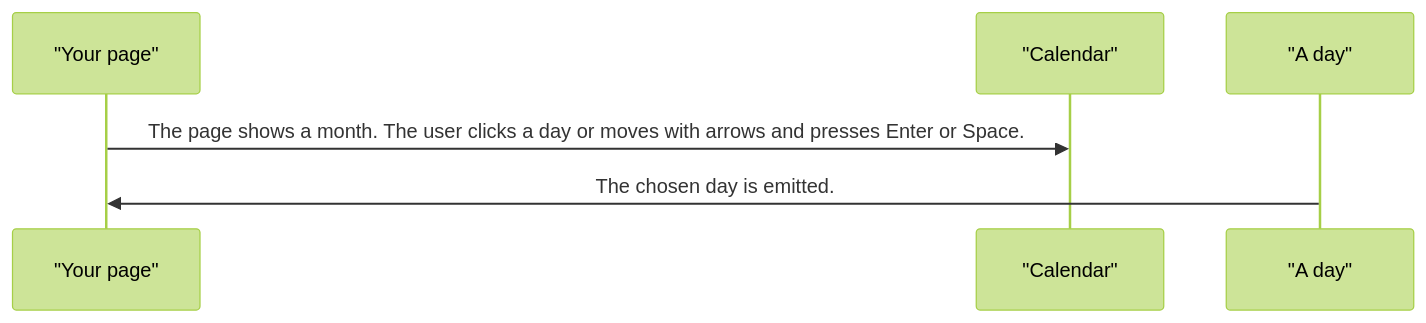
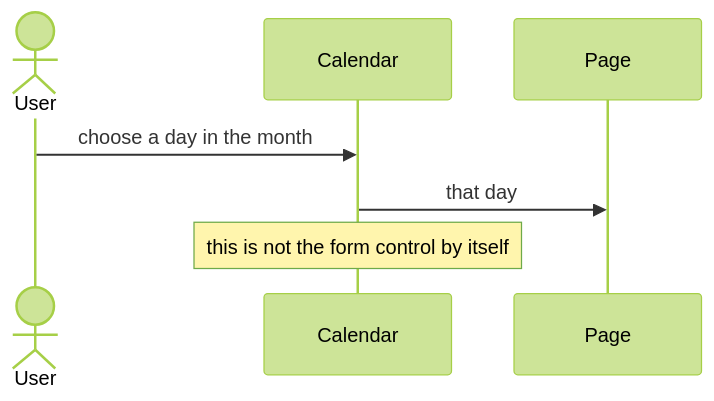
Before and after one commit to RajshekharBorate/pixel-ui: the second of 3 diagrams in projects/pixel-ui/src/lib/pixel-calendar/DESIGN.md, drawn with Mermaid (forest theme). The commit also changed other lines of this file and 73 other files, not shown here.

Commit message:
Explain who owns each value and what each flow does in every component and service design.

````diff
--- a/projects/pixel-ui/src/lib/pixel-calendar/DESIGN.md
+++ b/projects/pixel-ui/src/lib/pixel-calendar/DESIGN.md
@@ -46,8 +58,9 @@
 ```mermaid
 sequenceDiagram
-  participant page as "Your page"
-  participant cal as "Calendar"
-  participant day as "A day"
-  page->>cal: The page shows a month. The user clicks a day or moves with arrows and presses Enter or Space.
-  day->>page: The chosen day is emitted.
+  actor User
+  participant Cal as Calendar
+  participant Page
+  User->>Cal: choose a day in the month
+  Cal->>Page: that day
+  Note over Cal: this is not the form control by itself
 ```
````
